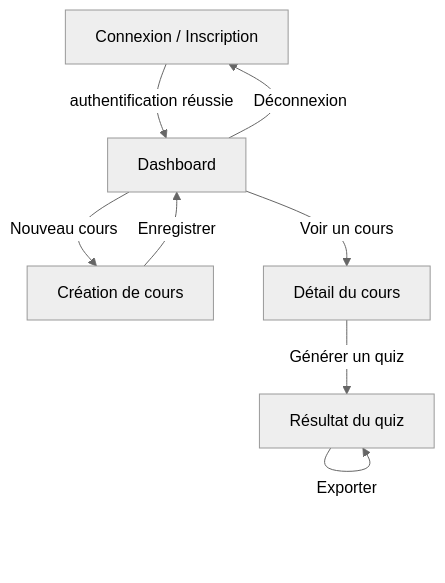
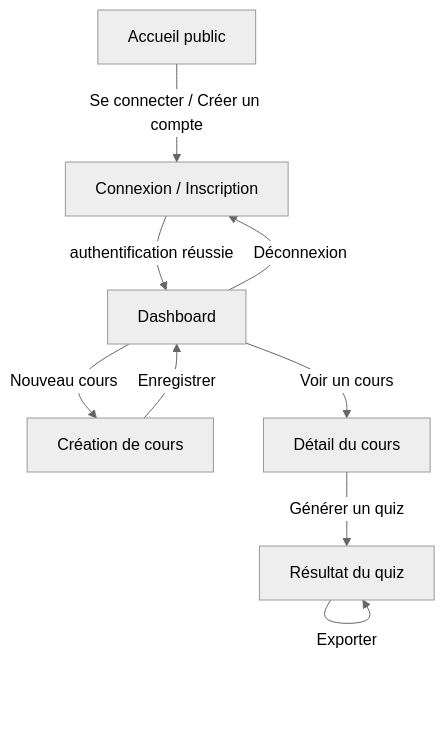
The second of 3 diagrams in eduquizai/docs/diagrammes.md (NicoalsL/projetmns), drawn with Mermaid (neutral theme) before and after one commit. The commit also changed other lines of this file and 136 other files, not shown here.

````diff
--- a/eduquizai/docs/diagrammes.md
+++ b/eduquizai/docs/diagrammes.md
@@ -23,11 +23,12 @@
 ```mermaid
 flowchart TD
-    A[Connexion / Inscription] -->|authentification réussie| B[Dashboard]
+    H[Accueil public] -->|Se connecter / Créer un compte| A[Connexion / Inscription]
+    A -->|authentification réussie| B[Dashboard]
     B -->|Nouveau cours| C[Création de cours]
     C -->|Enregistrer| B
     B -->|Voir un cours| D[Détail du cours]
     D -->|Générer un quiz| E[Résultat du quiz]
     E -->|Modifier une question| E
     E -->|Exporter| E
     B -->|Déconnexion| A
 ```
````
